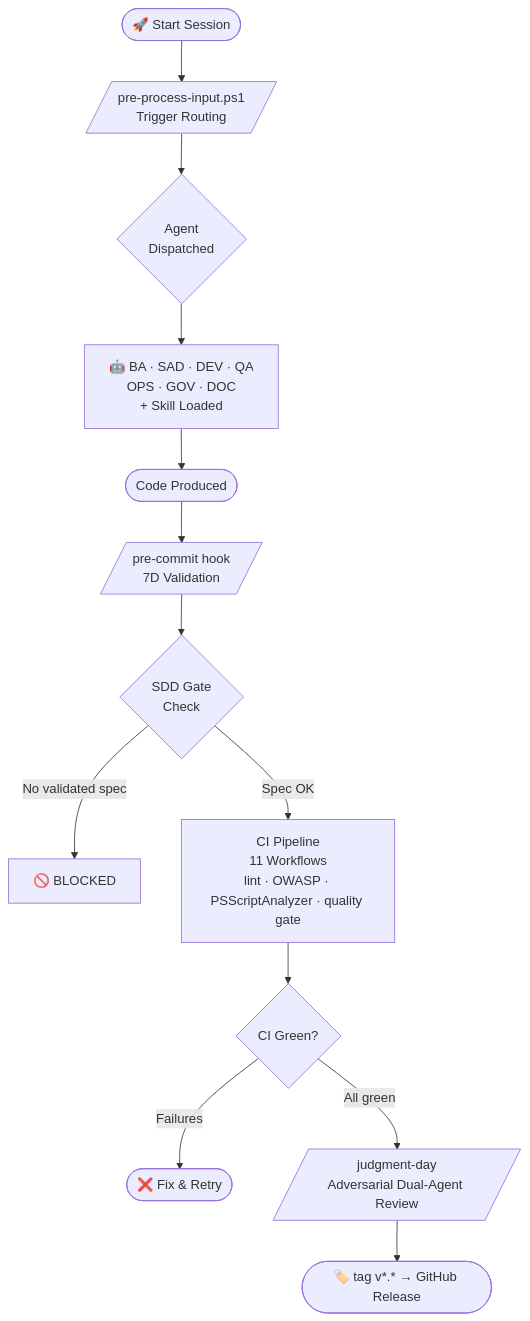
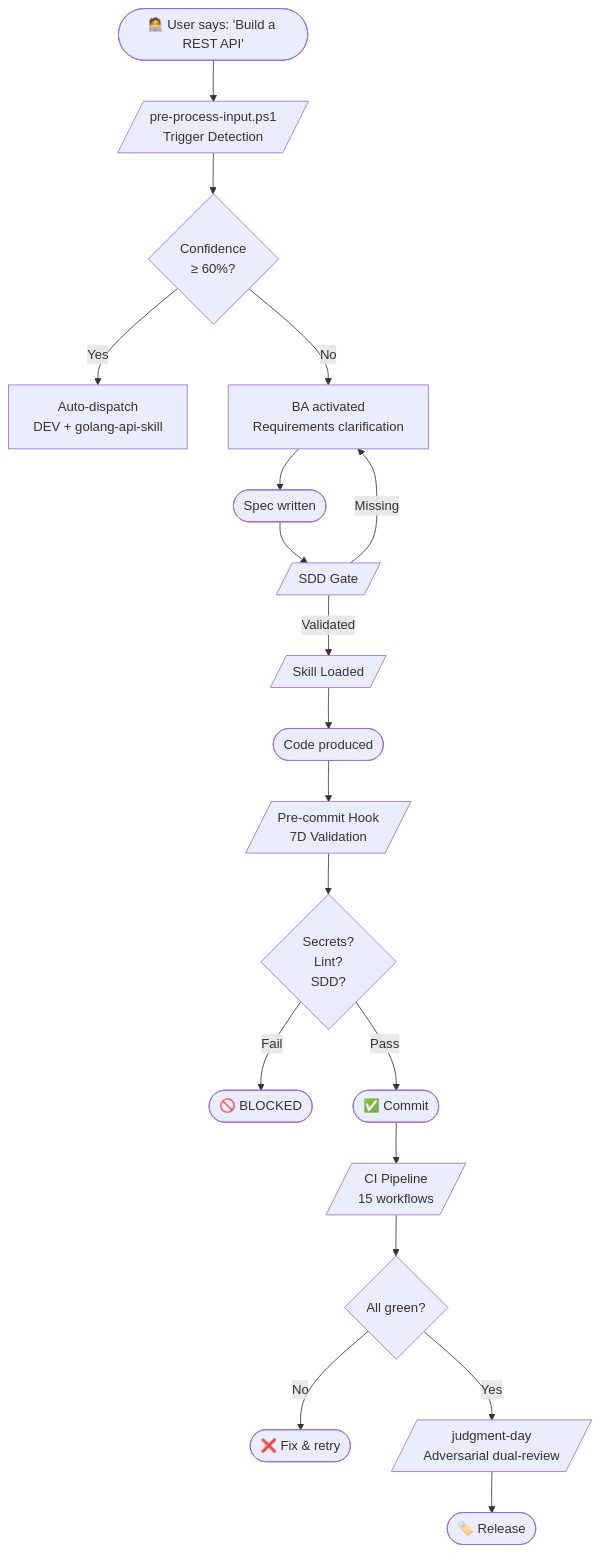
The diagram in docs/README.md (EmmanuelOrtiz87/gentle-vanguard), drawn with Mermaid before and after one commit. The commit also changed other lines of this file and 12 other files, not shown here.

````diff
--- a/docs/README.md
+++ b/docs/README.md
@@ -199,15 +172,21 @@
 ```mermaid
 flowchart TD
-    A([🚀 Start Session]) --> B[/pre-process-input.ps1\nTrigger Routing/]
-    B --> C{Agent\nDispatched}
-    C --> D["🤖 BA · SAD · DEV · QA\nOPS · GOV · DOC\n+ Skill Loaded"]
-    D --> E([Code Produced])
-    E --> F[/pre-commit hook\n7D Validation/]
-    F --> G{SDD Gate\nCheck}
-    G -->|No validated spec| H[🚫 BLOCKED]
-    G -->|Spec OK| I["CI Pipeline\n11 Workflows\nlint · OWASP · PSScriptAnalyzer · quality gate"]
-    I --> J{CI Green?}
-    J -->|Failures| K([❌ Fix & Retry])
-    J -->|All green| L[/judgment-day\nAdversarial Dual-Agent Review/]
-    L --> M([🏷️ tag v*.* → GitHub Release])
+    A(["🧑‍💻 User says: 'Build a REST API'"]) --> B[/pre-process-input.ps1\nTrigger Detection/]
+    B --> C{Confidence\n≥ 60%?}
+    C -->|Yes| D["Auto-dispatch\nDEV + golang-api-skill"]
+    C -->|No| E["BA activated\nRequirements clarification"]
+    E --> F([Spec written])
+    F --> G[/SDD Gate/]
+    G -->|Validated| H[/Skill Loaded/]
+    G -->|Missing| E
+    H --> I([Code produced])
+    I --> J[/Pre-commit Hook\n7D Validation/]
+    J --> K{Secrets?\nLint?\nSDD?}
+    K -->|Fail| L([🚫 BLOCKED])
+    K -->|Pass| M([✅ Commit])
+    M --> N[/CI Pipeline\n15 workflows/]
+    N --> O{All green?}
+    O -->|No| P([❌ Fix & retry])
+    O -->|Yes| Q[/judgment-day\nAdversarial dual-review/]
+    Q --> R([🏷️ Release])
 ```
````
